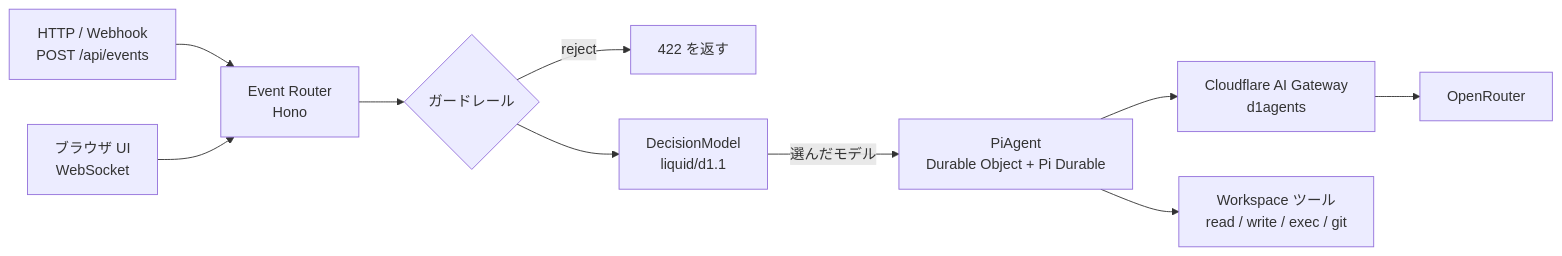
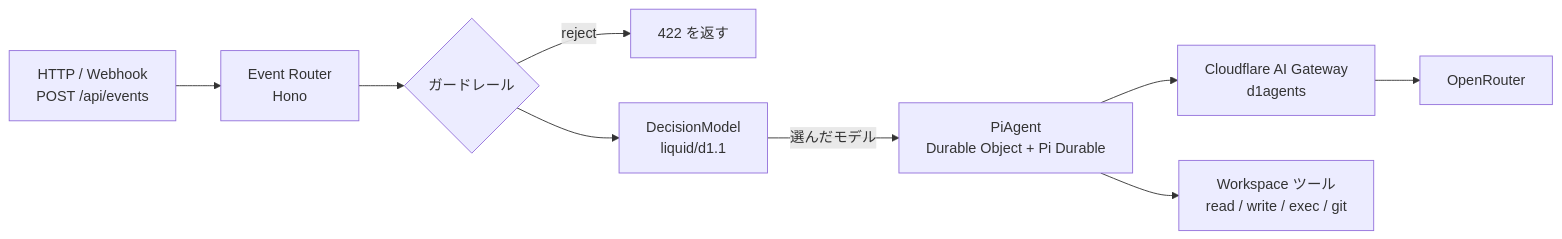
Before and after one commit to YuSa0-6/PiDurableAgents: the diagram in README.md, drawn with Mermaid. The commit also changed other lines of this file and 36 other files, not shown here.

````diff
--- a/README.md
+++ b/README.md
@@ -14,12 +12,11 @@
 ```mermaid
 flowchart LR
   A[HTTP / Webhook<br>POST /api/events] --> R[Event Router<br>Hono]
-  B[ブラウザ UI<br>WebSocket] --> R
   R --> G{ガードレール}
   G -- reject --> X[422 を返す]
   G --> D[DecisionModel<br>liquid/d1.1]
   D -- 選んだモデル --> P[PiAgent<br>Durable Object + Pi Durable]
   P --> GW[Cloudflare AI Gateway<br>d1agents]
   GW --> OR[OpenRouter]
   P --> T[Workspace ツール<br>read / write / exec / git]
 ```
````
